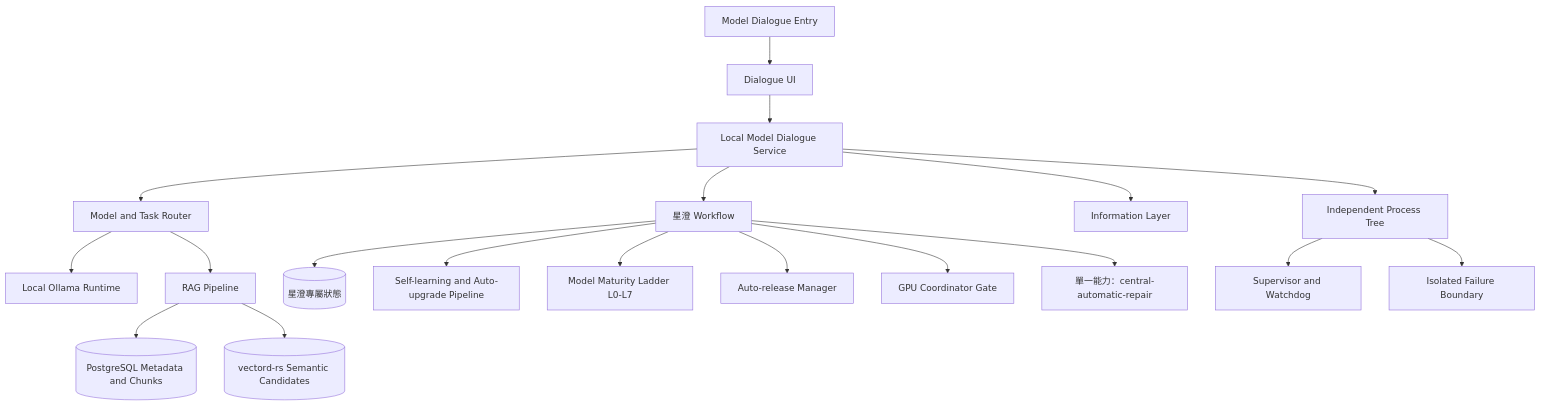
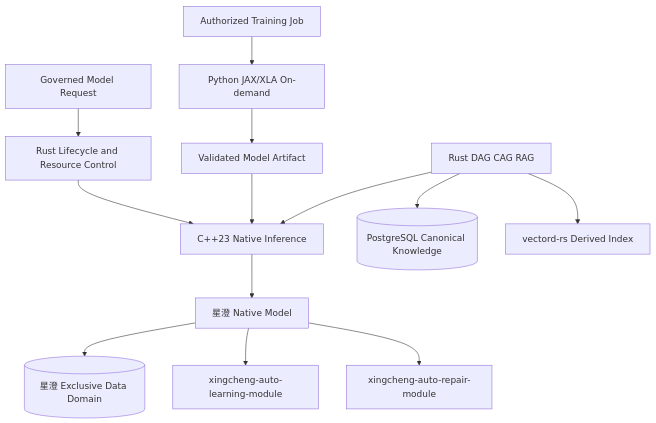
The diagram in governance_rule/codex/architecture-tool-local-model.md (guilty442-source/GPTBridge), drawn with Mermaid before and after one commit. The commit also changed other lines of this file and 14 other files, not shown here.

Commit message:
codex sync 15:00:49Z: zh-TW mirror parts + architecture docs refreshed; formal rule evaluator codes renamed to canonical (_V1 suffix dropped; GO_RUST_NODE->GO_RUST_RUNTIME, JAX_PYTORCH->JAX_FRAMEWORK); release-dependencies pin

````diff
--- a/governance_rule/codex/architecture-tool-local-model.md
+++ b/governance_rule/codex/architecture-tool-local-model.md
@@ -3,21 +3,15 @@
 ```mermaid
 flowchart TB
-  ENTRY[Model Dialogue Entry] --> UI[Dialogue UI]
-  UI --> SERVICE[Local Model Dialogue Service]
-  SERVICE --> ROUTER[Model and Task Router]
-  ROUTER --> OLLAMA[Local Ollama Runtime]
-  ROUTER --> RAG[RAG Pipeline]
-  RAG --> PG[(PostgreSQL Metadata and Chunks)]
-  RAG --> VD[(vectord-rs Semantic Candidates)]
-  SERVICE --> XC[星澄 Workflow]
-  XC --> PRIVATE[(星澄專屬狀態)]
-  XC --> SL[Self-learning and Auto-upgrade Pipeline]
-  XC --> MAT[Model Maturity Ladder L0-L7]
-  XC --> REL[Auto-release Manager]
-  XC --> GPU[GPU Coordinator Gate]
-  XC --> REPAIR[單一能力：central-automatic-repair]
-  SERVICE --> INFO[Information Layer]
-  SERVICE --> PROC[Independent Process Tree]
-  PROC --> SUP[Supervisor and Watchdog]
-  PROC --> FAULT[Isolated Failure Boundary]
+  ENTRY[Governed Model Request] --> RUST[Rust Lifecycle and Resource Control]
+  RUST --> CPP[C++23 Native Inference]
+  CPP --> MODEL[星澄 Native Model]
+  MODEL --> DATA[(星澄 Exclusive Data Domain)]
+  MODEL --> LEARN[xingcheng-auto-learning-module]
+  MODEL --> REPAIR[xingcheng-auto-repair-module]
+  JOB[Authorized Training Job] --> JAX[Python JAX/XLA On-demand]
+  JAX --> ARTIFACT[Validated Model Artifact]
+  ARTIFACT --> CPP
+  RETRIEVE[Rust DAG CAG RAG] --> PG[(PostgreSQL Canonical Knowledge)]
+  RETRIEVE --> VD[vectord-rs Derived Index]
+  RETRIEVE --> CPP
 ```
````
